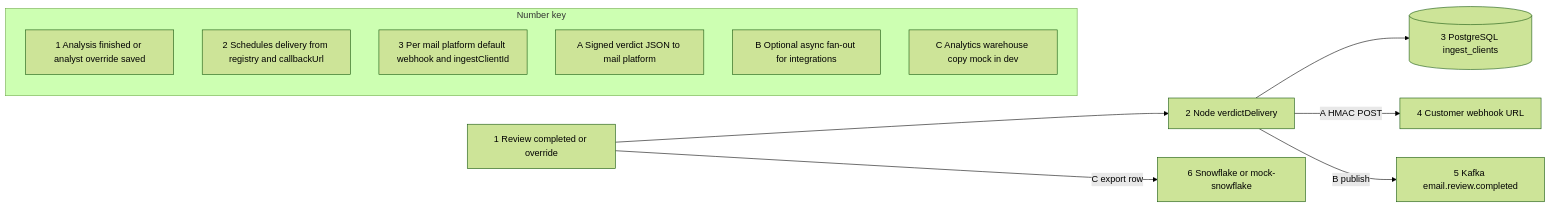
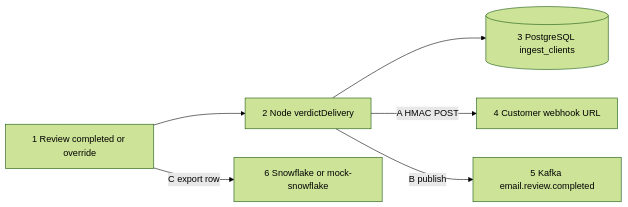
Before and after one commit to OferElboher/suspicious-email-triage: the diagram in docs/diagrams/system-flow-05-verdict-analytics.mmd, drawn with Mermaid (forest theme). The commit also changed 9 other files, not shown here.

First line of the commit message:
Restore overall flowchart and move legends to prose lists below charts.

```diff
--- a/docs/diagrams/system-flow-05-verdict-analytics.mmd
+++ b/docs/diagrams/system-flow-05-verdict-analytics.mmd
@@ -1,24 +1,13 @@
-%% Chart 5 — Outbound verdicts and warehouse export
 flowchart LR
   REV["1 Review completed or override"]
   NODE["2 Node verdictDelivery"]
   PG[(3 PostgreSQL ingest_clients)]
   WH["4 Customer webhook URL"]
   K["5 Kafka email.review.completed"]
   SF["6 Snowflake or mock-snowflake"]
 
   REV --> NODE
   NODE --> PG
   NODE -->|"A HMAC POST"| WH
   NODE -->|"B publish"| K
   REV -->|"C export row"| SF
-
-  subgraph legend5 [Number key]
-    direction TB
-    L1["1 Analysis finished or analyst override saved"]
-    L2["2 Schedules delivery from registry and callbackUrl"]
-    L3["3 Per mail platform default webhook and ingestClientId"]
-    LA["A Signed verdict JSON to mail platform"]
-    LB["B Optional async fan-out for integrations"]
-    LC["C Analytics warehouse copy mock in dev"]
-  end
```
